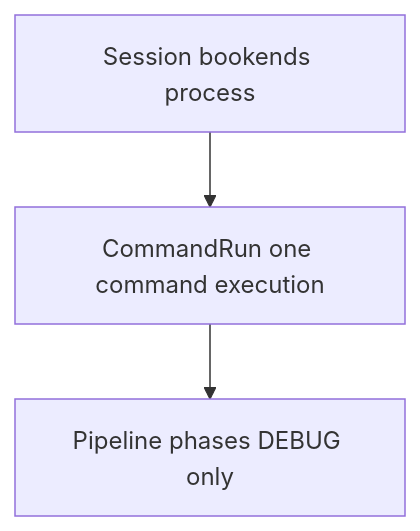
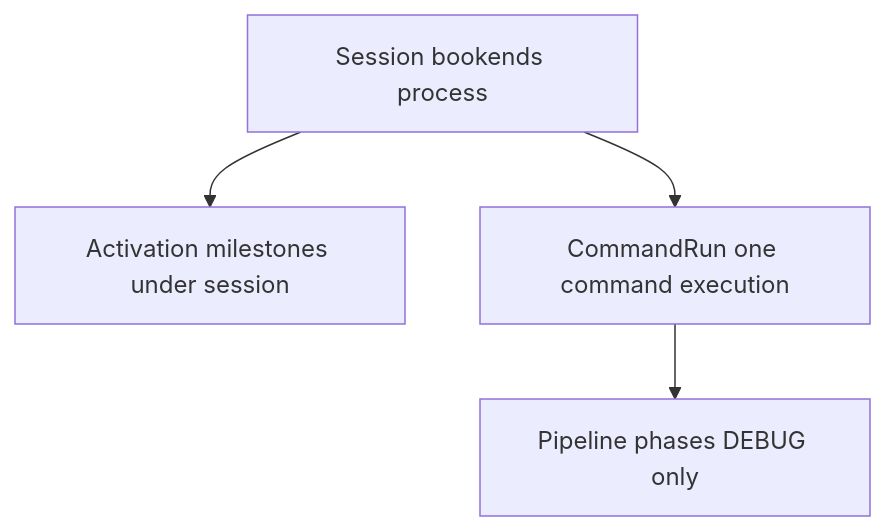
The first of 3 diagrams in docs/logging.md (D-Naveenz/dhara_repo_orchestration), drawn with Mermaid before and after one commit. The commit also changed other lines of this file and 26 other files, not shown here.

````diff
--- a/docs/logging.md
+++ b/docs/logging.md
@@ -64,9 +64,11 @@
 ```mermaid
 flowchart TB
   session[Session bookends process]
+  activation[Activation milestones under session]
   commandRun[CommandRun one command execution]
   phase[Pipeline phases DEBUG only]
 
+  session --> activation
   session --> commandRun
   commandRun --> phase
 ```
````
